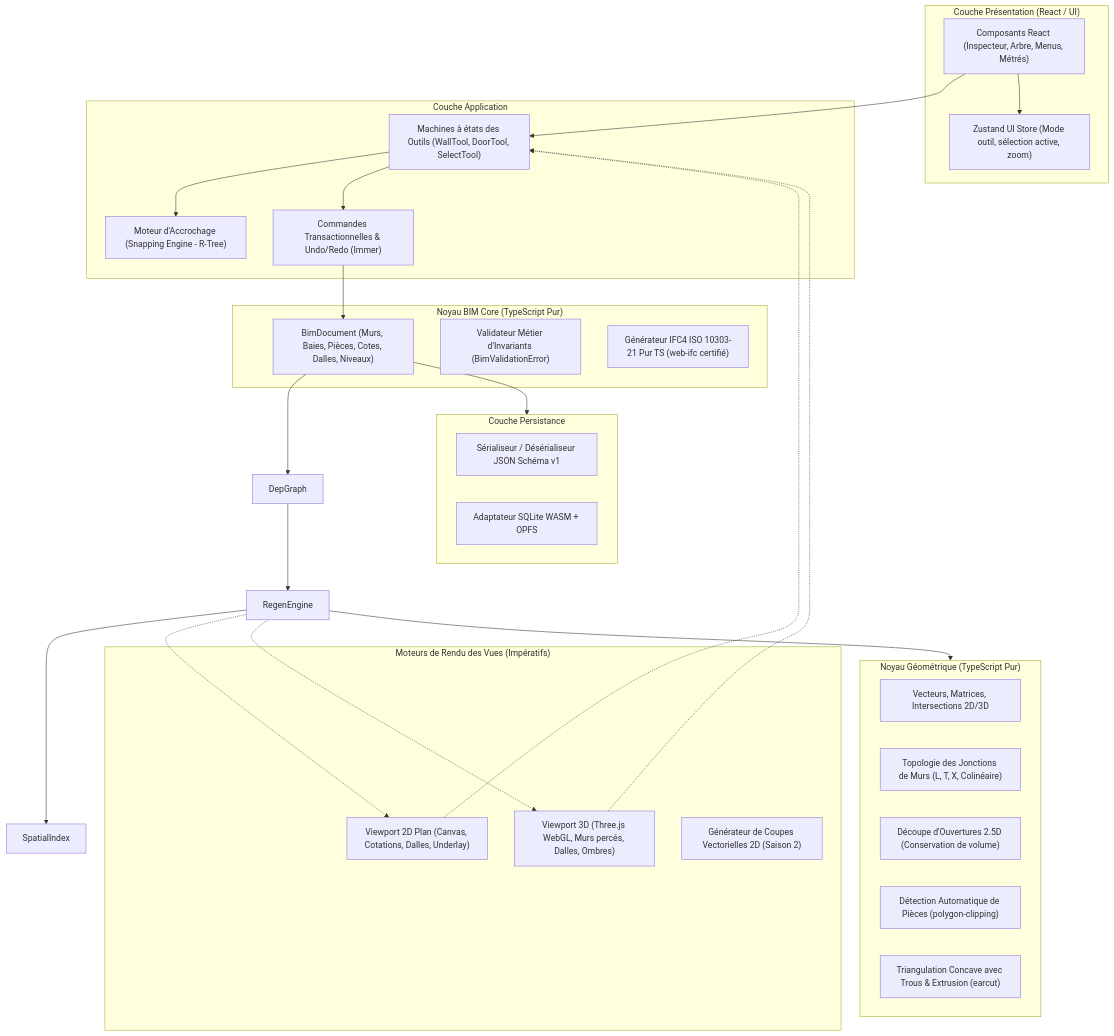
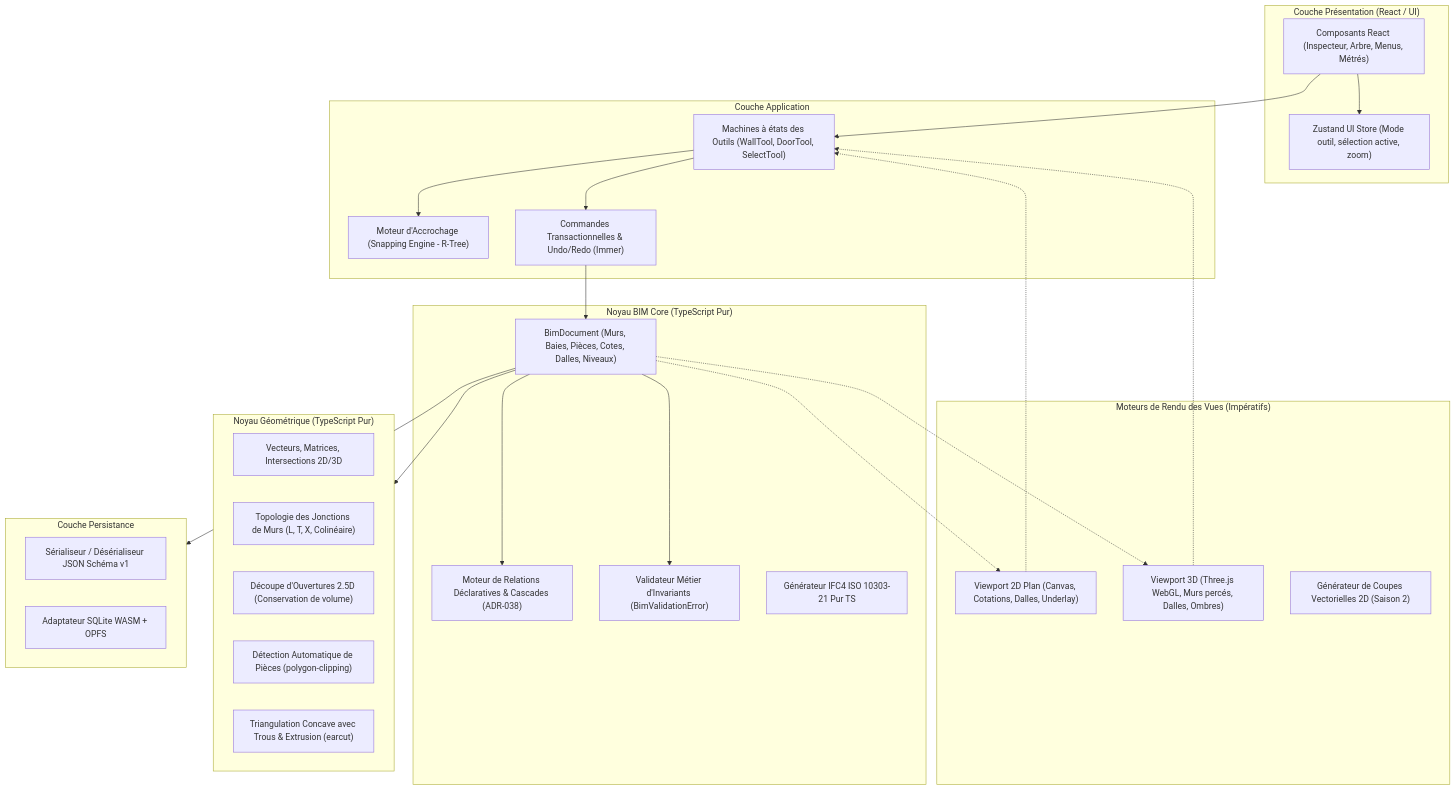
The first of 2 diagrams in ARCHITECTURE.md (mouridoullah/mini-Revit), drawn with Mermaid before and after one commit. The commit also changed other lines of this file and 6 other files, not shown here.

Commit message:
docs: integrate Claude review (ADR-038 generic relations, ADR-039 non-destructive rooms, ADR-040 topConstraint, IFC4 fix, snap pixels)

````diff
--- a/ARCHITECTURE.md
+++ b/ARCHITECTURE.md
@@ -30,54 +30,54 @@
 ```mermaid
 flowchart TD
     subgraph UI ["Couche Présentation (React / UI)"]
         ReactUI["Composants React (Inspecteur, Arbre, Menus, Métrés)"]
         UIStore["Zustand UI Store (Mode outil, sélection active, zoom)"]
     end
 
     subgraph AppLayer ["Couche Application"]
         Tools["Machines à états des Outils (WallTool, DoorTool, SelectTool)"]
         Snapping["Moteur d'Accrochage (Snapping Engine - R-Tree)"]
         CommandBus["Command Bus & Transaction Manager (Undo/Redo)"]
     end
 
     subgraph Viewports ["Moteurs de Rendu des Vues (Impératifs)"]
         View2D["Viewport 2D Plan (Canvas, Cotations, Dalles, Underlay)"]
         View3D["Viewport 3D (Three.js WebGL, Murs percés, Dalles, Ombres)"]
         Section2D["Générateur de Coupes Vectorielles 2D (Saison 2)"]
     end
 
     subgraph CoreDomain ["Noyau BIM Core (TypeScript Pur)"]
         Document["BimDocument (Murs, Baies, Pièces, Cotes, Dalles, Niveaux)"]
         CommandBus["Commandes Transactionnelles & Undo/Redo (Immer)"]
+        RelationsEngine["Moteur de Relations Déclaratives & Cascades (ADR-038)"]
         RulesEngine["Validateur Métier d'Invariants (BimValidationError)"]
-        IFCExporter["Générateur IFC4 ISO 10303-21 Pur TS (web-ifc certifié)"]
+        IFCExporter["Générateur IFC4 ISO 10303-21 Pur TS"]
     end
 
     subgraph GeometryKernel ["Noyau Géométrique (TypeScript Pur)"]
         MathUtils["Vecteurs, Matrices, Intersections 2D/3D"]
         WallJunctions["Topologie des Jonctions de Murs (L, T, X, Colinéaire)"]
         SlicingEngine["Découpe d'Ouvertures 2.5D (Conservation de volume)"]
         RoomDetection["Détection Automatique de Pièces (polygon-clipping)"]
         Triangulation["Triangulation Concave avec Trous & Extrusion (earcut)"]
     end
 
     subgraph Persistence ["Couche Persistance"]
         Serializer["Sérialiseur / Désérialiseur JSON Schéma v1"]
         SQLiteAdapter["Adaptateur SQLite WASM + OPFS"]
     end
 
     ReactUI --> Tools
     ReactUI --> UIStore
     Tools --> Snapping
     Tools --> CommandBus
     CommandBus --> Document
-    Document --> DepGraph
-    DepGraph --> RegenEngine
-    RegenEngine --> GeometryKernel
-    RegenEngine --> SpatialIndex
+    Document --> RelationsEngine
+    Document --> RulesEngine
+    Document --> GeometryKernel
     Document --> Persistence
-    RegenEngine -.-> View2D
-    RegenEngine -.-> View3D
+    Document -.-> View2D
+    Document -.-> View3D
     View2D -.-> Tools
     View3D -.-> Tools
 ```
````
